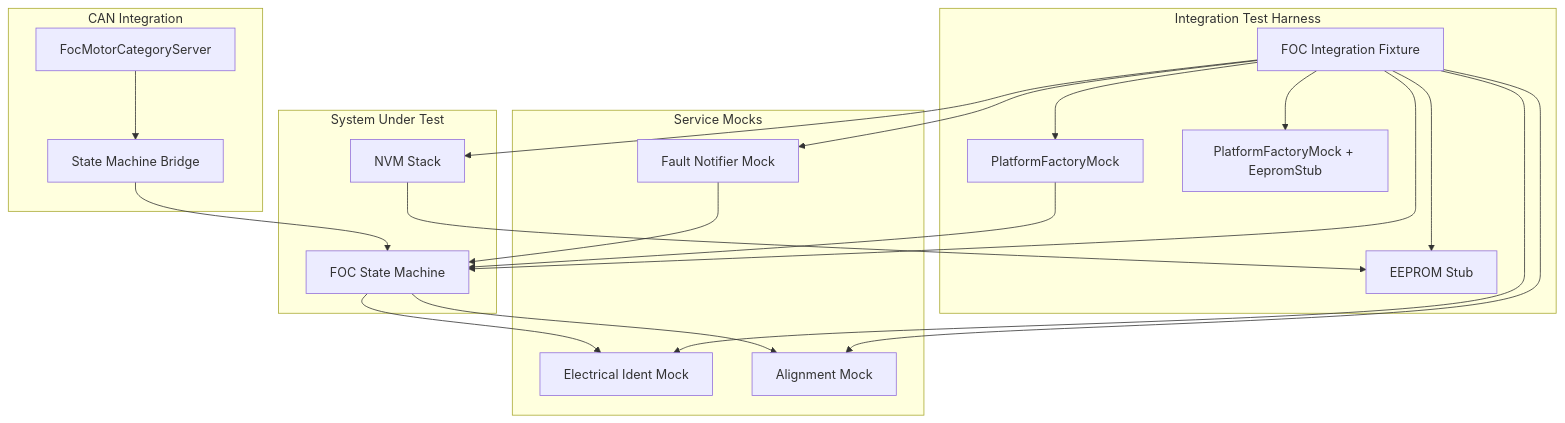
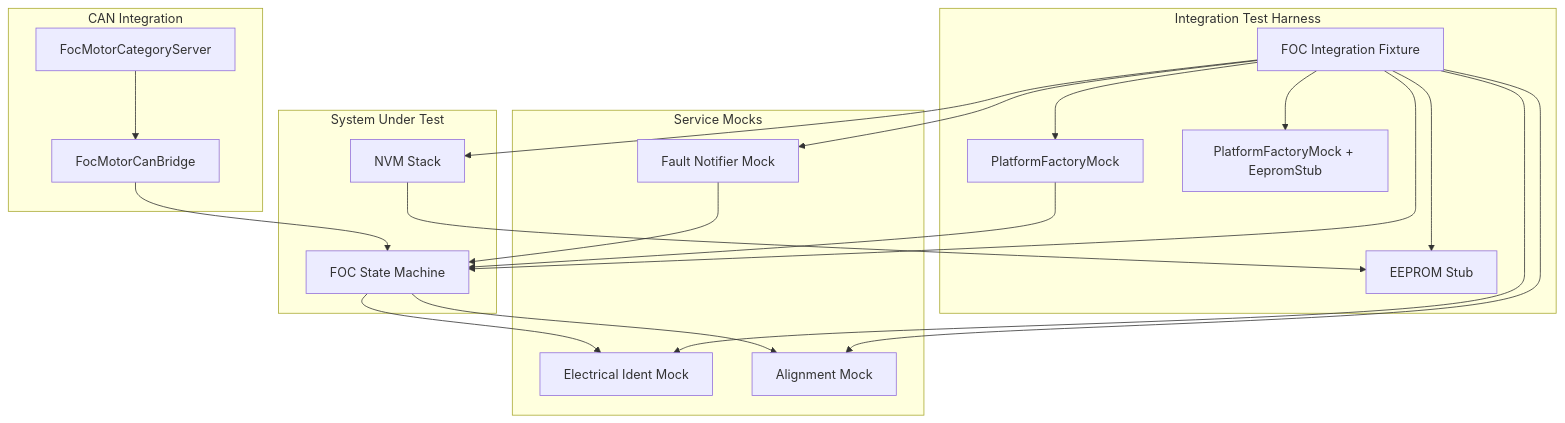
Before and after one commit to embedded-pro/e-foc: the sixth of 6 diagrams in documentation/architecture/system.md, drawn with Mermaid. The commit also changed other lines of this file and 57 other files, not shown here.

First line of the commit message:
feat: implement CAN FOC service layer  (#239)

````diff
--- a/documentation/architecture/system.md
+++ b/documentation/architecture/system.md
@@ -381,43 +400,43 @@
 ```mermaid
 graph TD
     subgraph "Integration Test Harness"
         FIF[FOC Integration Fixture]
         PFM[PlatformFactoryMock]
         HWM[PlatformFactoryMock + EepromStub]
         EES[EEPROM Stub]
     end
 
     subgraph "System Under Test"
         SM[FOC State Machine]
         NVM[NVM Stack]
     end
 
     subgraph "Service Mocks"
         EIM[Electrical Ident Mock]
         AMK[Alignment Mock]
         FNM[Fault Notifier Mock]
     end
 
     subgraph "CAN Integration"
         MCS[FocMotorCategoryServer]
-        BRG[State Machine Bridge]
+        BRG[FocMotorCanBridge]
     end
 
     FIF --> PFM
     FIF --> HWM
     FIF --> EES
     FIF --> SM
     FIF --> NVM
     FIF --> EIM
     FIF --> AMK
     FIF --> FNM
 
     PFM --> SM
     NVM --> EES
     SM --> EIM
     SM --> AMK
     FNM --> SM
 
     MCS --> BRG
     BRG --> SM
 ```
````
